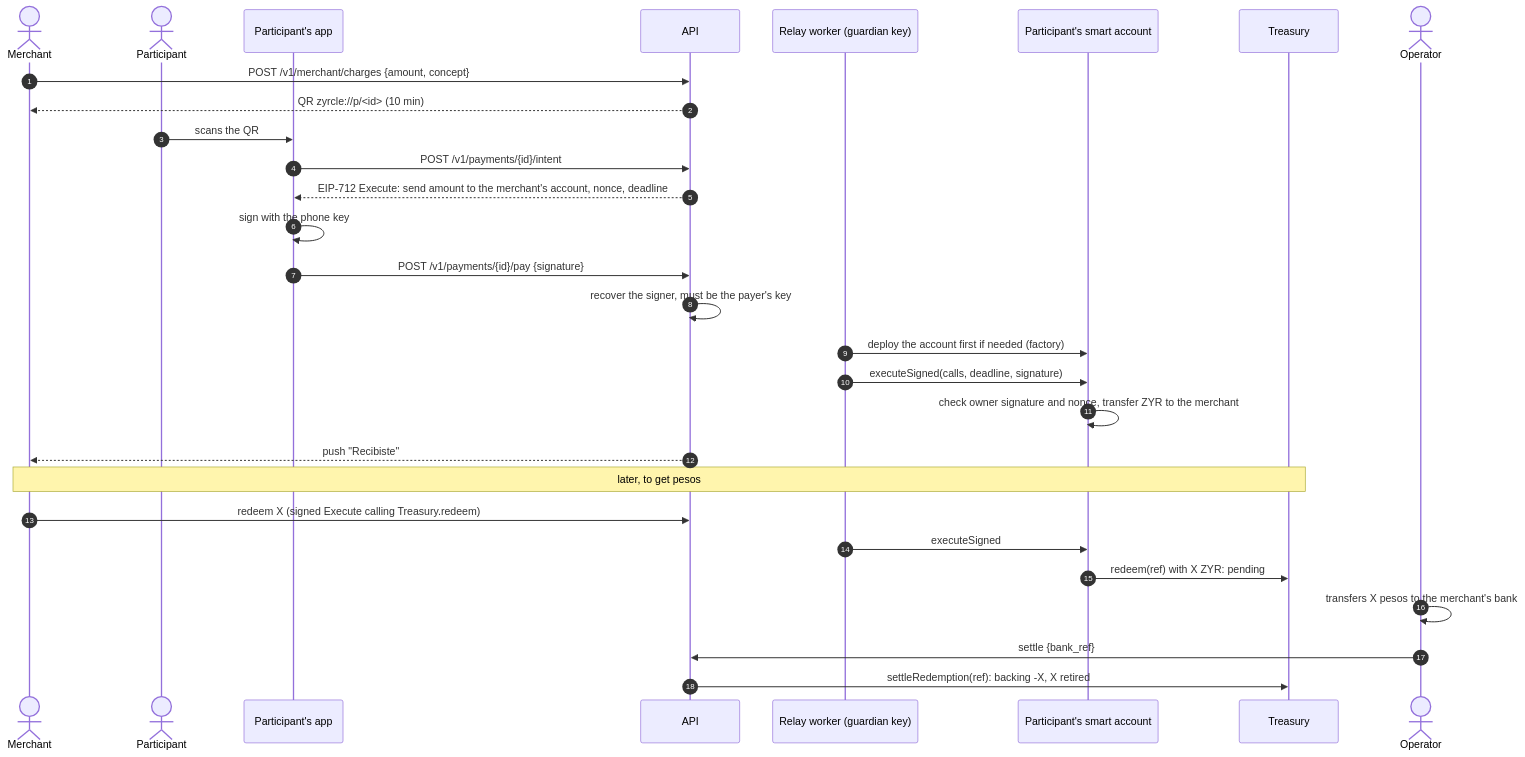
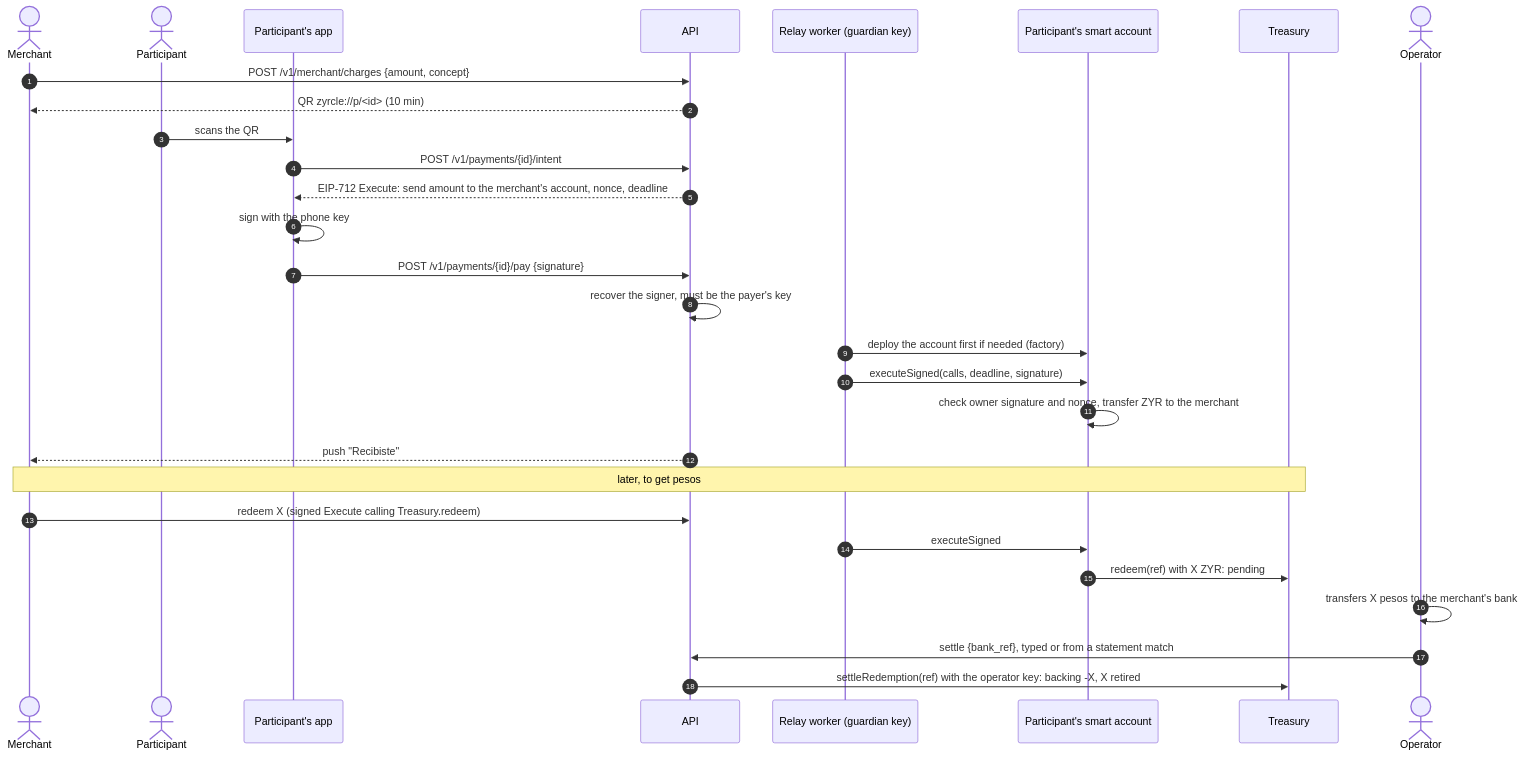
The tenth of 14 diagrams in docs/flows.md (diegowritescode/zyrcle), drawn with Mermaid before and after one commit. The commit also changed other lines of this file and 26 other files, not shown here.

````diff
--- a/docs/flows.md
+++ b/docs/flows.md
@@ -216,31 +339,31 @@
 ```mermaid
 sequenceDiagram
     autonumber
     actor M as Merchant
     actor P as Participant
     participant App as Participant's app
     participant API
     participant R as Relay worker (guardian key)
     participant A as Participant's smart account
     participant T as Treasury
     M->>API: POST /v1/merchant/charges {amount, concept}
     API-->>M: QR zyrcle://p/<id> (10 min)
     P->>App: scans the QR
     App->>API: POST /v1/payments/{id}/intent
     API-->>App: EIP-712 Execute: send amount to the merchant's account, nonce, deadline
     App->>App: sign with the phone key
     App->>API: POST /v1/payments/{id}/pay {signature}
     API->>API: recover the signer, must be the payer's key
     R->>A: deploy the account first if needed (factory)
     R->>A: executeSigned(calls, deadline, signature)
     A->>A: check owner signature and nonce, transfer ZYR to the merchant
     API-->>M: push "Recibiste"
     Note over M,T: later, to get pesos
     M->>API: redeem X (signed Execute calling Treasury.redeem)
     R->>A: executeSigned
     A->>T: redeem(ref) with X ZYR: pending
     actor Op as Operator
     Op->>Op: transfers X pesos to the merchant's bank
-    Op->>API: settle {bank_ref}
-    API->>T: settleRedemption(ref): backing -X, X retired
+    Op->>API: settle {bank_ref}, typed or from a statement match
+    API->>T: settleRedemption(ref) with the operator key: backing -X, X retired
 ```
````
